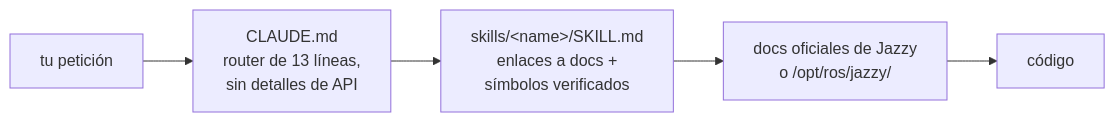
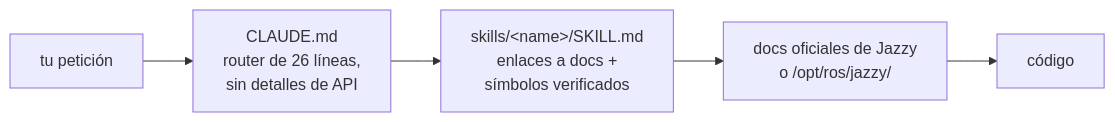
Before and after one commit to Leehyunbin0131/claude-ros2-skills: the diagram in README.es.md, drawn with Mermaid. The commit also changed other lines of this file and 11 other files, not shown here.

````diff
--- a/README.es.md
+++ b/README.es.md
@@ -145,7 +145,7 @@
 ```mermaid
 flowchart LR
-    A["tu petición"] --> B["CLAUDE.md<br/>router de 13 líneas,<br/>sin detalles de API"]
+    A["tu petición"] --> B["CLAUDE.md<br/>router de 26 líneas,<br/>sin detalles de API"]
     B --> C["skills/&lt;name&gt;/SKILL.md<br/>enlaces a docs +<br/>símbolos verificados"]
     C --> D["docs oficiales de Jazzy<br/>o /opt/ros/jazzy/"]
     D --> E["código"]
 ```
````
